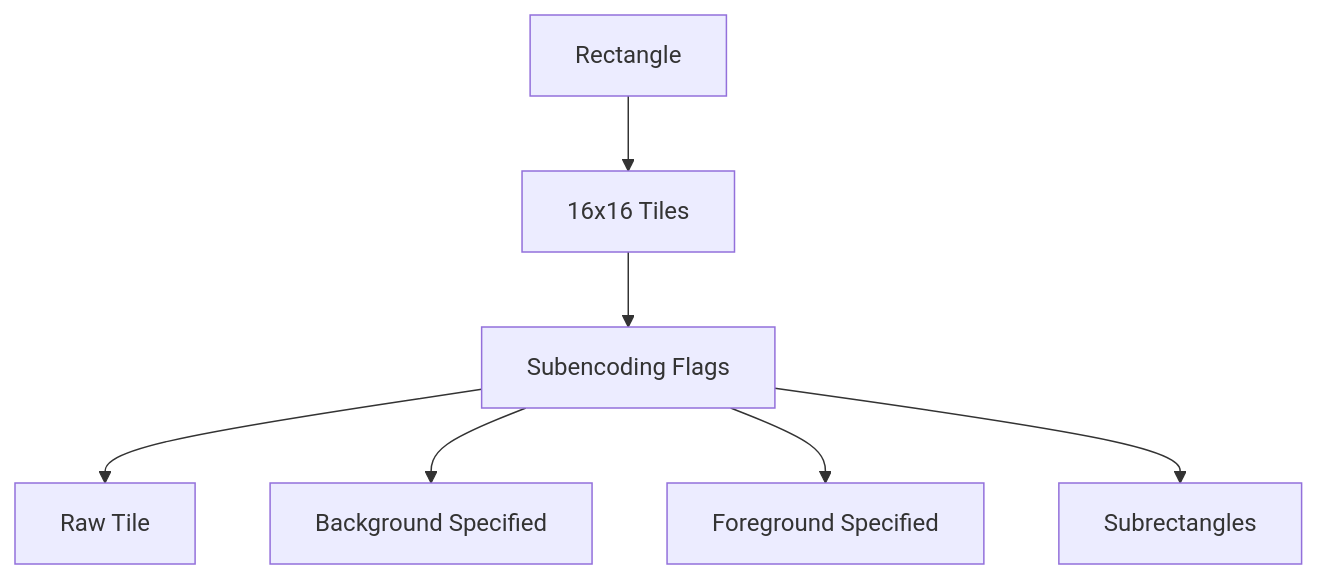
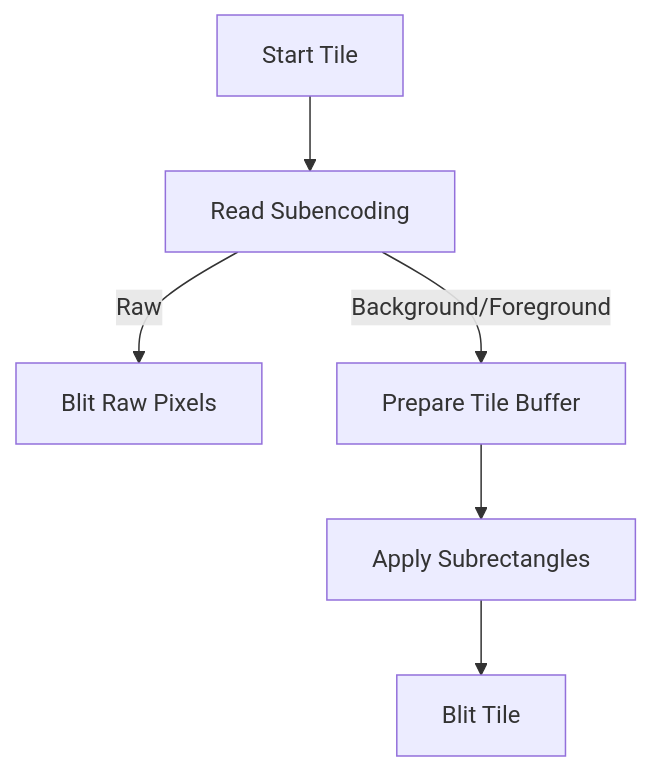
The second of 5 diagrams in docs/reference/architecture/decoders/decoders.md (Ylianst/MeshCentral), drawn with Mermaid before and after one commit. The commit also changed other lines of this file and 642 other files, not shown here.

````diff
--- a/docs/reference/architecture/decoders/decoders.md
+++ b/docs/reference/architecture/decoders/decoders.md
@@ -151,9 +171,8 @@
 ```mermaid
 flowchart TD
-    Rect["Rectangle"] --> Tiles["16x16 Tiles"]
-    Tiles --> SubEnc["Subencoding Flags"]
-    SubEnc --> Raw["Raw Tile"]
-    SubEnc --> BG["Background Specified"]
-    SubEnc --> FG["Foreground Specified"]
-    SubEnc --> SubRects["Subrectangles"]
+    Start["Start Tile"] --> ReadSub["Read Subencoding"]
+    ReadSub -->|"Raw"| RawTile["Blit Raw Pixels"]
+    ReadSub -->|"Background/Foreground"| SetupTile["Prepare Tile Buffer"]
+    SetupTile --> SubRects["Apply Subrectangles"]
+    SubRects --> Finish["Blit Tile"]
 ```
````
